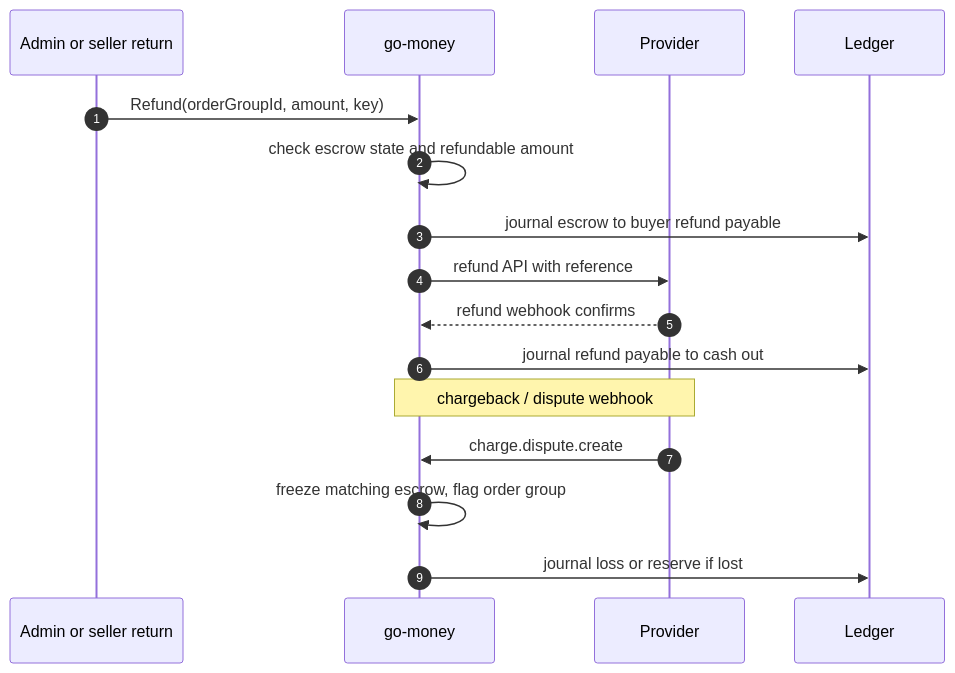
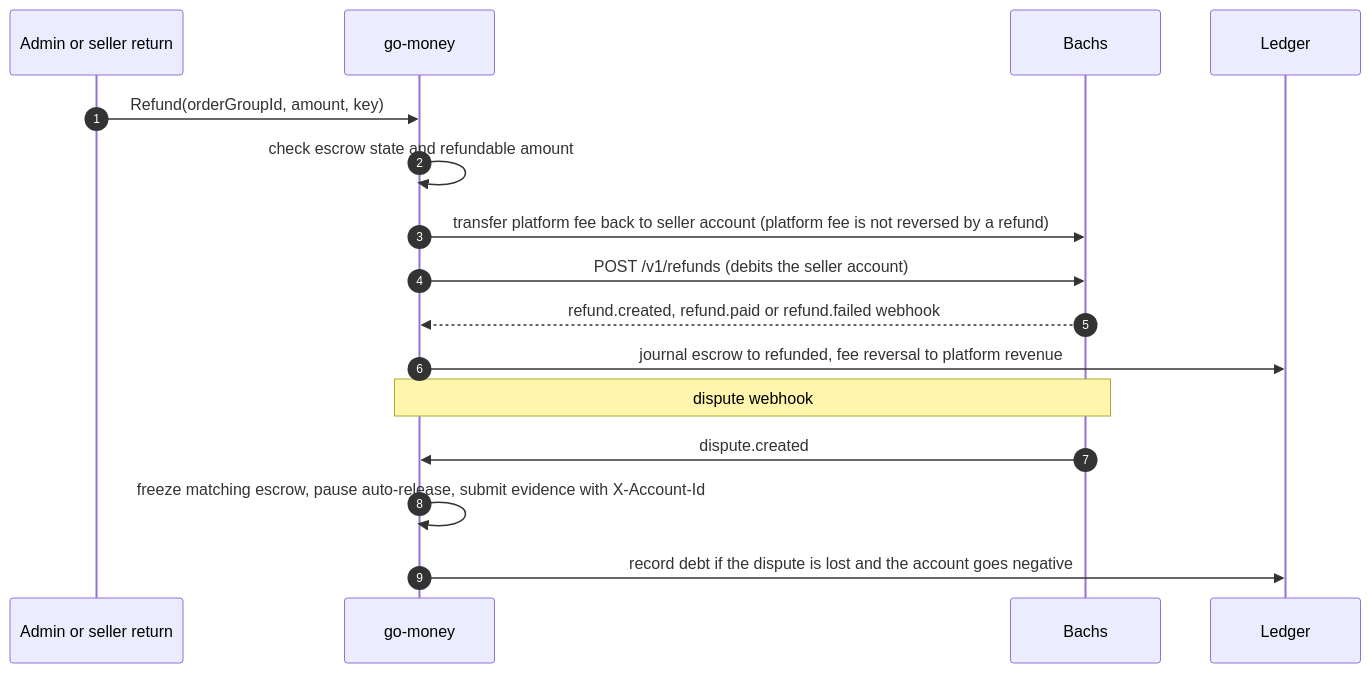
Before and after one commit to telente-technologies/nantty: the fourth of 7 diagrams in docs/architecture/payments.md, drawn with Mermaid. The commit also changed other lines of this file and 3 other files, not shown here.

Commit message:
docs(docs): update architecture docs

````diff
--- a/docs/architecture/payments.md
+++ b/docs/architecture/payments.md
@@ -169,18 +179,18 @@
 ```mermaid
 sequenceDiagram
   autonumber
   participant A as Admin or seller return
   participant M as go-money
-  participant P as Provider
+  participant B as Bachs
   participant L as Ledger
   A->>M: Refund(orderGroupId, amount, key)
   M->>M: check escrow state and refundable amount
-  M->>L: journal escrow to buyer refund payable
-  M->>P: refund API with reference
-  P-->>M: refund webhook confirms
-  M->>L: journal refund payable to cash out
-  Note over P,M: chargeback / dispute webhook
-  P->>M: charge.dispute.create
-  M->>M: freeze matching escrow, flag order group
-  M->>L: journal loss or reserve if lost
+  M->>B: transfer platform fee back to seller account (platform fee is not reversed by a refund)
+  M->>B: POST /v1/refunds (debits the seller account)
+  B-->>M: refund.created, refund.paid or refund.failed webhook
+  M->>L: journal escrow to refunded, fee reversal to platform revenue
+  Note over B,M: dispute webhook
+  B->>M: dispute.created
+  M->>M: freeze matching escrow, pause auto-release, submit evidence with X-Account-Id
+  M->>L: record debt if the dispute is lost and the account goes negative
 ```
````
